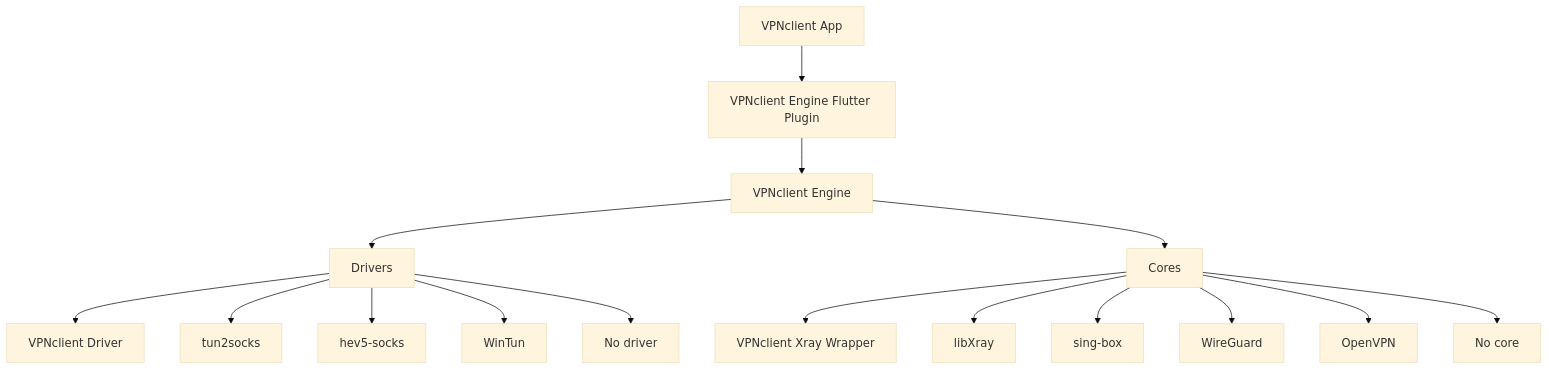
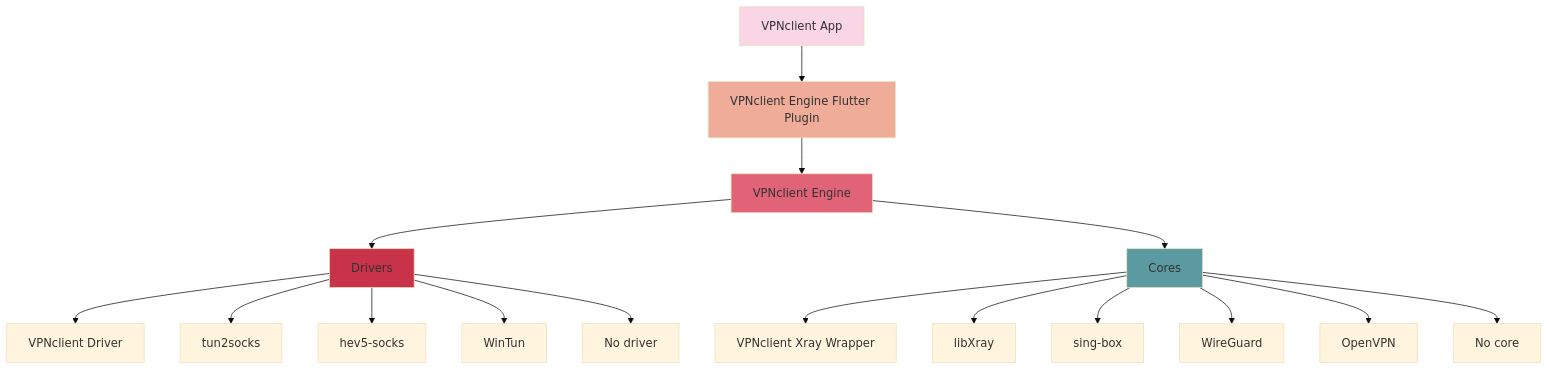
The diagram in README.md (VPNclient/flutter_vpn_engine), drawn with Mermaid (base theme) before and after one commit.

````diff
--- a/README.md
+++ b/README.md
@@ -13,20 +13,25 @@
 ```mermaid
 graph TD
+  style A fill:#f9d5e5
   A[VPNclient App] --> B[VPNclient Engine Flutter Plugin]
+  style B fill:#eeac99
   B --> C[VPNclient Engine]
+  style C fill:#e06377
   C --> D[Drivers]
   C --> E[Cores]
 
+  style D fill:#c83349
   D --> F[VPNclient Driver]
   D --> G[tun2socks]
   D --> H[hev5-socks]
   D --> I[WinTun]
   D --> J[No driver]
 
+  style E fill:#5b9aa0
   E --> K[VPNclient Xray Wrapper]
   E --> L[libXray]
   E --> M[sing-box]
   E --> N[WireGuard]
   E --> O[OpenVPN]
   E --> P[No core]
 ``` 
````
